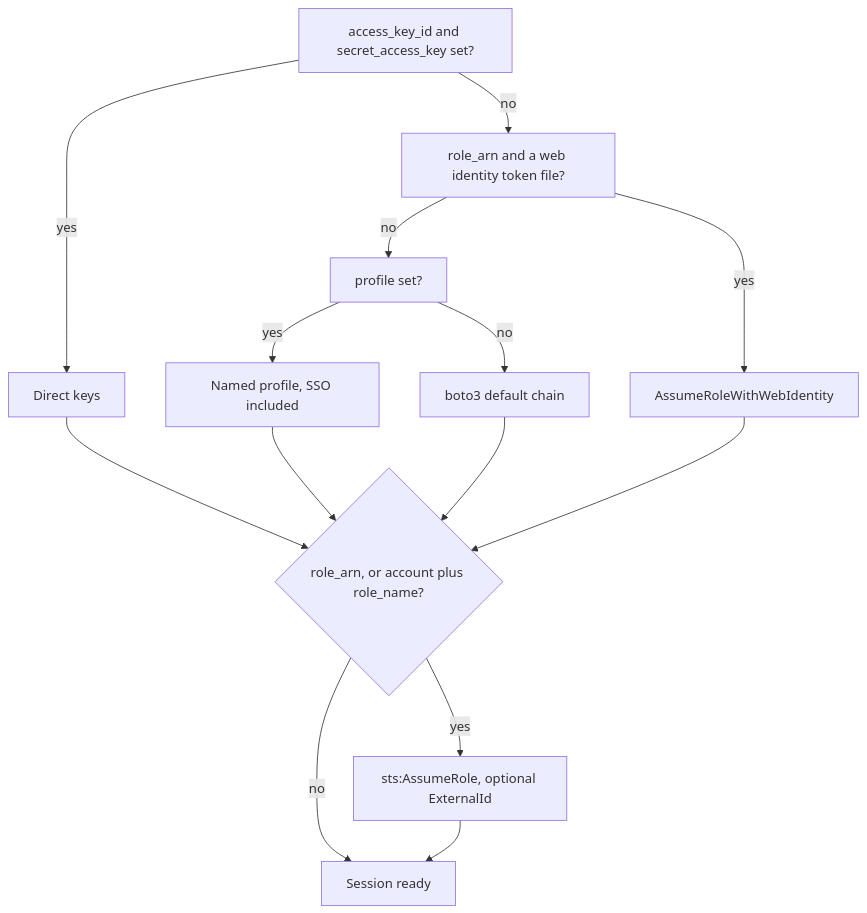
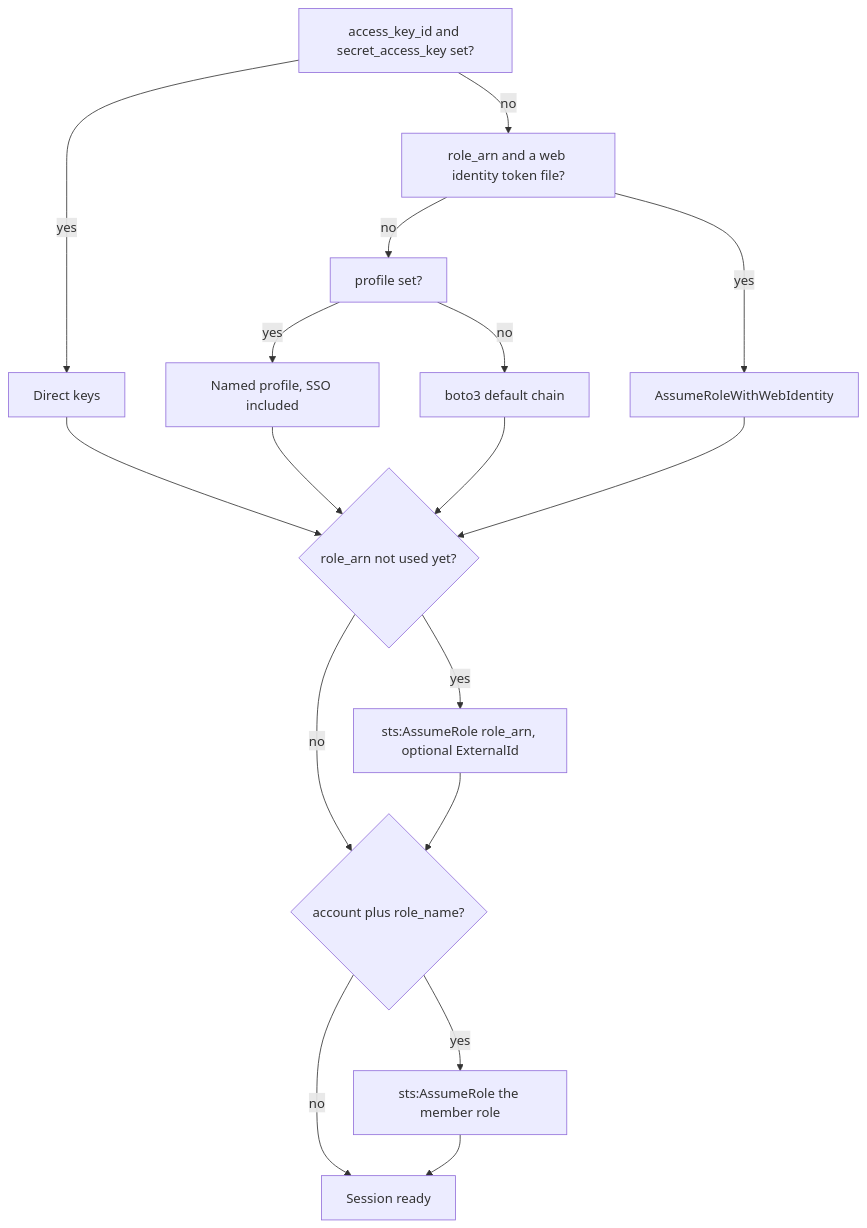
Before and after one commit to morpheuslord/cloudg: the diagram in site/content/guides/authentication.md, drawn with Mermaid. The commit also changed other lines of this file and 51 other files, not shown here.

````diff
--- a/site/content/guides/authentication.md
+++ b/site/content/guides/authentication.md
@@ -22,16 +22,19 @@
 ```mermaid caption="How build_aws_session picks the base credentials, then the optional AssumeRole hop"
 flowchart TD
   A["access_key_id and secret_access_key set?"] -->|yes| K[Direct keys]
   A -->|no| B["role_arn and a web identity token file?"]
   B -->|yes| W[AssumeRoleWithWebIdentity]
   B -->|no| C["profile set?"]
   C -->|yes| P["Named profile, SSO included"]
   C -->|no| D["boto3 default chain"]
-  K --> R{"role_arn, or account plus role_name?"}
+  K --> R{"role_arn not used yet?"}
   P --> R
   D --> R
   W --> R
-  R -->|yes| S["sts:AssumeRole, optional ExternalId"]
-  R -->|no| Done[Session ready]
-  S --> Done
+  R -->|yes| S["sts:AssumeRole role_arn, optional ExternalId"]
+  R -->|no| M{"account plus role_name?"}
+  S --> M
+  M -->|yes| T["sts:AssumeRole the member role"]
+  M -->|no| Done[Session ready]
+  T --> Done
 ```
````
